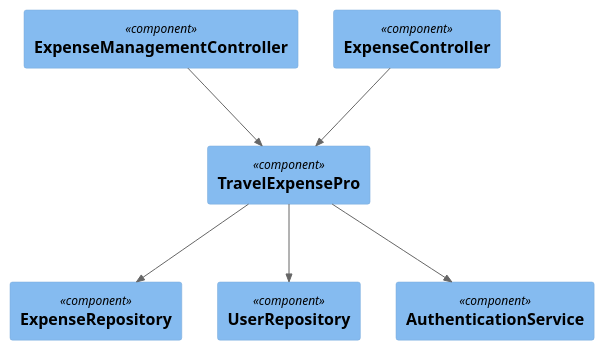
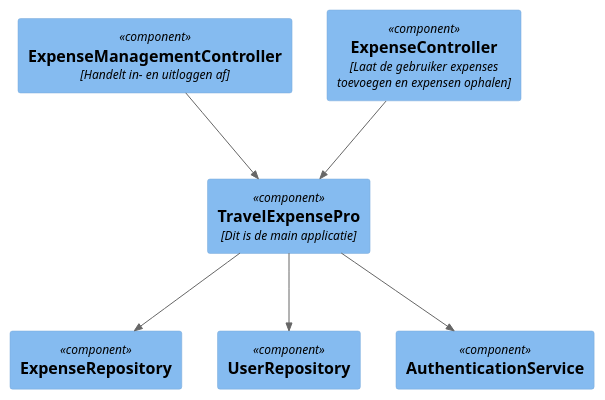
One commit to AIM-ENE-feb25/triptop-dravende-dikdiks changed the diagram in Mike/Week2/Les 1 - Componentdiagrammen/Backend.puml. Above: the diagram before and after it, drawn with PlantUML. The commit also changed 2 other files, not shown here.

```diff
--- a/Mike/Week2/Les 1 - Componentdiagrammen/Backend.puml
+++ b/Mike/Week2/Les 1 - Componentdiagrammen/Backend.puml
@@ -1,22 +1,22 @@
 @startuml
 !include https://raw.githubusercontent.com/plantuml-stdlib/C4-PlantUML/master/C4_Component.puml
 
-Component(tep, "TravelExpensePro")
+Component(tep, "TravelExpensePro", "Dit is de main applicatie")
 
-Component(emc, "ExpenseManagementController")
-Component(ec, "ExpenseController")
+Component(emc, "ExpenseManagementController", "Handelt in- en uitloggen af")
+Component(ec, "ExpenseController", "Laat de gebruiker expenses toevoegen en expensen ophalen")
 
-Component(er, "ExpenseRepository")
-Component(ur, "UserRepository")
-Component(as, "AuthenticationService")
+Component(er, "ExpenseRepository", "")
+Component(ur, "UserRepository", "")
+Component(as, "AuthenticationService", "")
 
 Rel(emc, tep, " ")
 Rel(ec, tep, " ")
 
 Rel(tep, er, " ")
 Rel(tep, ur, " ")
 Rel(tep, as, " ")
 
 
 
 @enduml
```
